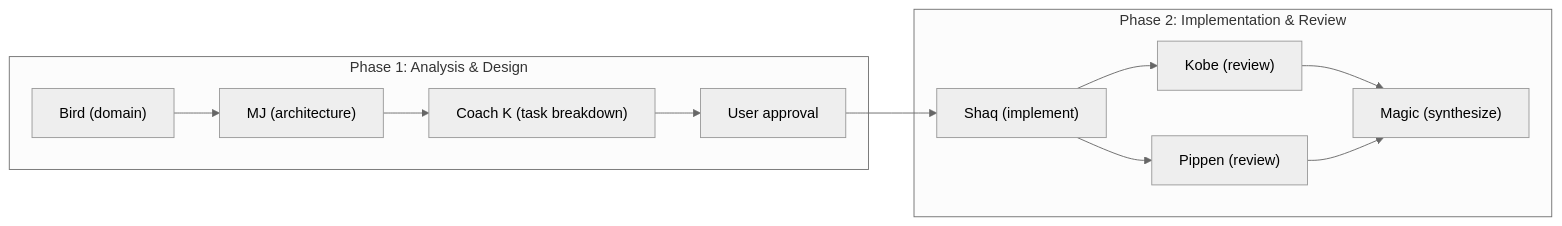
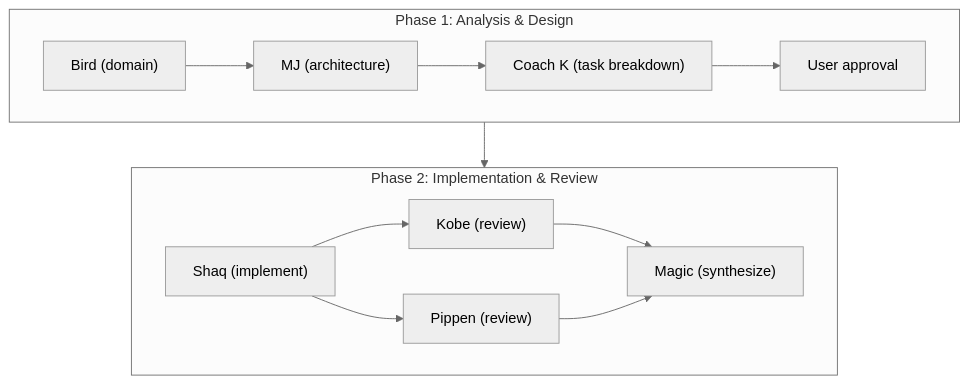
Before and after one commit to bondarewicz/dreamteam: the fourth of 4 diagrams in README.md, drawn with Mermaid (neutral theme).

Commit message:
docs: Improve full team diagram

````diff
--- a/README.md
+++ b/README.md
@@ -181,15 +181,17 @@
 ```mermaid
-graph LR
+graph TD
     subgraph Phase 1: Analysis & Design
+        direction LR
         Bird["Bird (domain)"] --> MJ["MJ (architecture)"]
         MJ --> Coach_K["Coach K (task breakdown)"]
         Coach_K --> Approval[User approval]
     end
     subgraph Phase 2: Implementation & Review
+        direction LR
         Shaq["Shaq (implement)"] --> Kobe["Kobe (review)"]
         Shaq --> Pippen["Pippen (review)"]
         Kobe --> Magic["Magic (synthesize)"]
         Pippen --> Magic
     end
     Approval --> Shaq
 ```
````
